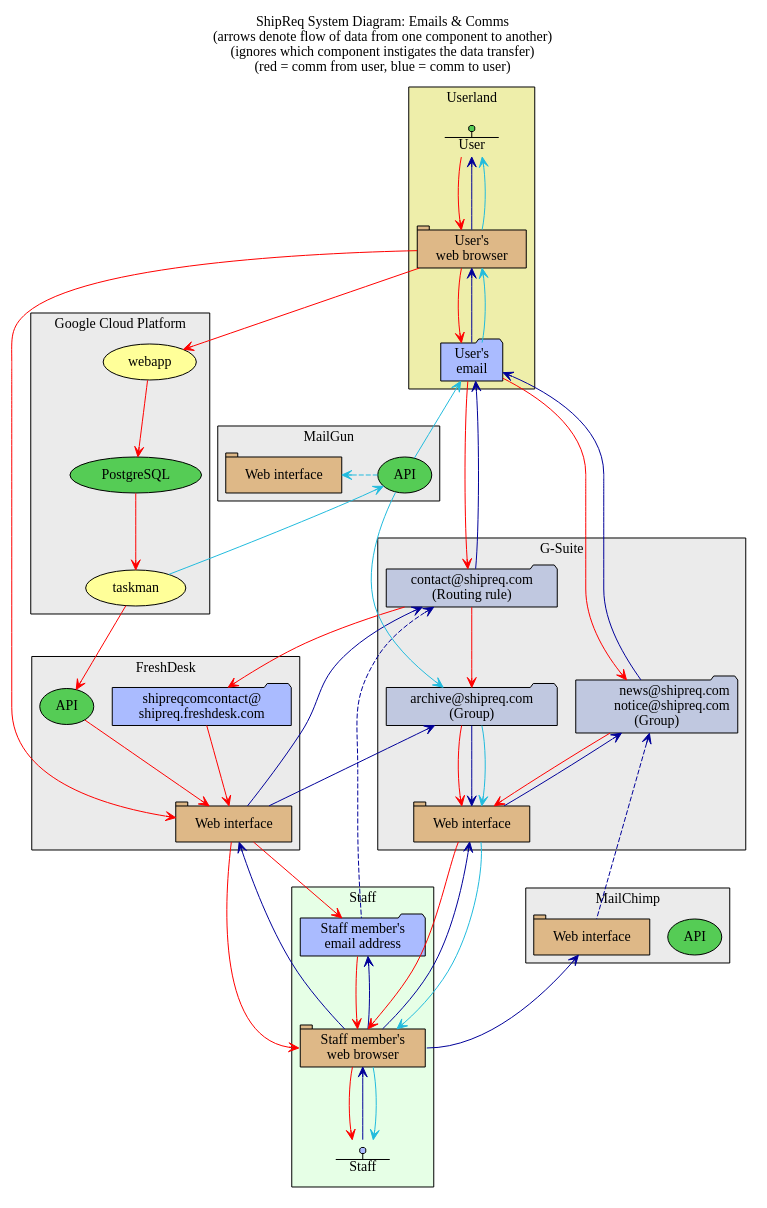
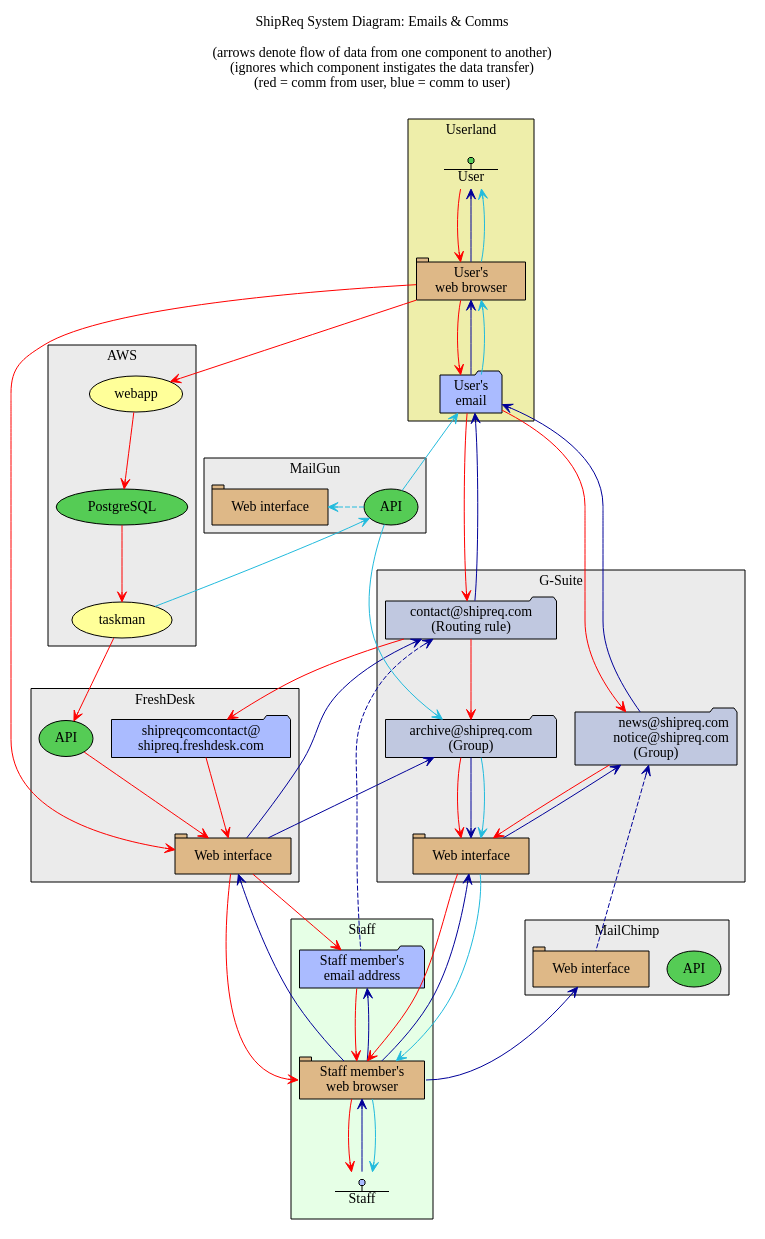
The diagram in Design/system_diagram-comms.gv (shipreq/shipreq), drawn with Graphviz before and after one commit. The commit also changed 10 other files, not shown here.

Commit message:
Update doc & diagrams

```diff
--- a/Design/system_diagram-comms.gv
+++ b/Design/system_diagram-comms.gv
@@ -1,146 +1,146 @@
 digraph G {
   //compound=true
   labelloc=t
-  label="ShipReq System Diagram: Emails & Comms\n(arrows denote flow of data from one component to another)\n(ignores which component instigates the data transfer)\n(red = comm from user, blue = comm to user)\n"
+  label="ShipReq System Diagram: Emails & Comms\n\n(arrows denote flow of data from one component to another)\n(ignores which component instigates the data transfer)\n(red = comm from user, blue = comm to user)\n\n"
   style=filled fillcolor="#e2ffe2"
   node [style=filled fillcolor="#55cc55"]
   edge [arrowhead=vee arrowtail=vee minlen=2]
 
   // -----------------------------------------------------------------------------------------------
 
   subgraph cluster_staff {
     style=filled
     fillcolor="#e6ffe6"
     node [style=filled fillcolor="#ccaa66"]
     label="Staff"
     staff_web [label="Staff member's\nweb browser" shape=tab fillcolor=burlywood]
     staff_mail [label="Staff member's\nemail address" shape=folder style=filled fillcolor="#aabbff"]
     staff [shape=proteinstab style=filled fillcolor="#aabbff" label="\nStaff"]
   }
 
   subgraph cluster_usr {
     style=filled
     fillcolor="#eeeeaa"
     node [style=filled]
     label="Userland"
     usr_web [label="User's\nweb browser" shape=tab fillcolor=burlywood]
     usr_mail [label="User's\nemail" shape=folder fillcolor="#aabbff"]
     usr [shape=proteinstab style=filled label="\nUser"]
   }
 
   subgraph cluster_gsuite {
     fillcolor="#ebebeb"
     label="G-Suite"
     node[shape=folder style=filled fillcolor="#c0c8e0"]
     ea_contact   [label="contact@shipreq.com\n(Routing rule)"]
     ea_broadcast [label="news@shipreq.com\rnotice@shipreq.com\r(Group)"]
     //ea_noreply   [label="no-reply@shipreq.com\n(Group)"]
     ea_archive   [label="archive@shipreq.com\n(Group)"]
     gsuite_web   [label="Web interface" shape=tab fillcolor=burlywood]
   }
 
-  subgraph cluster_gcp {
+  subgraph cluster_aws {
     fillcolor="#ebebeb"
-    label="Google Cloud Platform"
+    label="AWS"
     cloud_sql [label="PostgreSQL"]
     webapp  [fillcolor="#ffff99" label="webapp"]
     taskman [fillcolor="#ffff99" label="taskman"]
   }
 
   subgraph cluster_mailgun {
     fillcolor="#ebebeb"
     label="MailGun"
     mg_api [label="API"]
     mg_web [label="Web interface" shape=tab fillcolor=burlywood]
   }
 
   subgraph cluster_mailchimp {
     fillcolor="#ebebeb"
     label="MailChimp"
     mc_api [label="API"]
     mc_web [label="Web interface" shape=tab fillcolor=burlywood]
   }
 
   subgraph cluster_freshdesk {
     fillcolor="#ebebeb"
     label="FreshDesk"
     fd_mail [label="shipreqcomcontact@\nshipreq.freshdesk.com" shape=folder style=filled fillcolor="#aabbff"]
     fd_web [label="Web interface" shape=tab fillcolor=burlywood]
     fd_api [label="API"]
   }
 
   // -----------------------------------------------------------------------------------------------
 
   // Comms from user to staff
   {edge[color=red]
 
     // User sends message through landing page
     usr -> usr_web -> webapp -> cloud_sql -> taskman -> fd_api -> fd_web
     // taskman -> mc_api -> mc_web --- This isn't comms
 
     // User sends email
     usr_web -> usr_mail -> ea_contact,ea_broadcast
     ea_contact -> fd_mail -> fd_web
     // usr_mail -> ea_noreply -> gsuite_web
 
     // User visits FreshDesk
     usr_web -> fd_web
 
     // User's comms read by staff in Freshdesk UI
     fd_web -> staff_web:w
     staff_web -> staff
 
     // FreshDesk emails assigned staff
     fd_web -> staff_mail -> staff_web
 
     // Staff can check groups
     ea_broadcast -> gsuite_web -> staff_web
 
     // BCC to archive
     ea_contact -> ea_archive -> gsuite_web
     // ea_broadcast?
     // landing page mails?
   }
 
   // Comms from staff to user
   {edge[color="#000099" dir=back]
 
     // User reads their email
     usr -> usr_web -> usr_mail
 
     // Staff responds to user issues (via UI)
     usr_mail -> ea_contact -> fd_web -> staff_web -> staff
 
     // Staff responds to user issues (via email)
     ea_contact -> staff_mail [style=dashed]
     staff_mail -> staff_web
 
     // Staff broadcasts
     usr_mail -> ea_broadcast
     ea_broadcast -> mc_web [style=dashed]
     mc_web -> staff_web:e
 
     // Staff replies to user emails
     ea_broadcast -> gsuite_web -> staff_web
 
     // BCC to archive
     gsuite_web -> ea_archive -> fd_web
     // TODO MailChimp can BCC too?
     // ea_archive -> gsuite_web -> staff_web -> staff [dir=foward]
   }
 
   // Email flows (system to user)
   {edge[color="#22bbdd" dir=back]
 
     // User reads their email
     usr -> usr_web -> usr_mail
 
     // Automated comms (reset password, register1)
     usr_mail -> mg_api -> taskman
 
     // BCC to archive
     mg_api -> ea_archive -> gsuite_web -> staff_web -> staff [dir=foward]
     mg_api -> mg_web [dir=foward constraint=false style=dashed]
   }
 
 }
```
